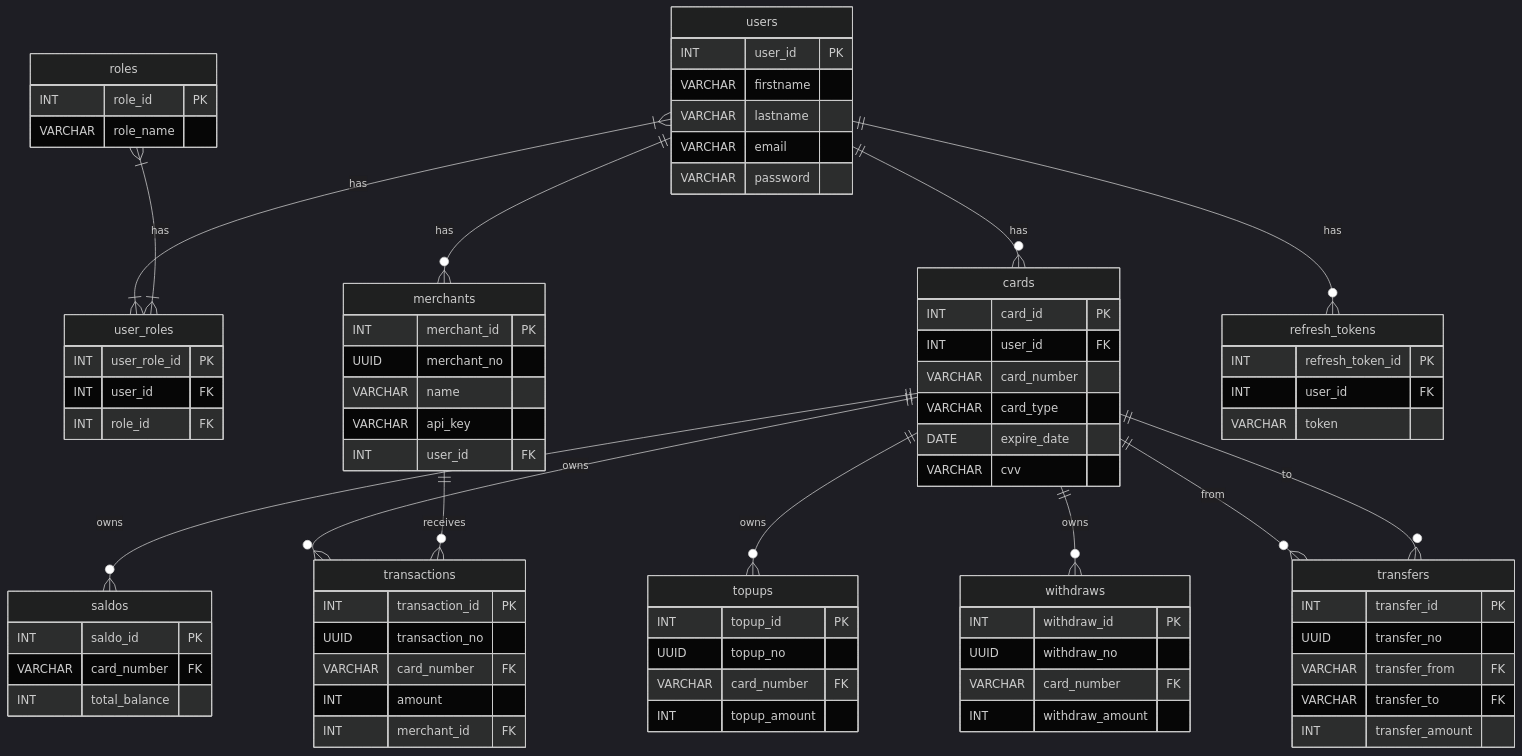
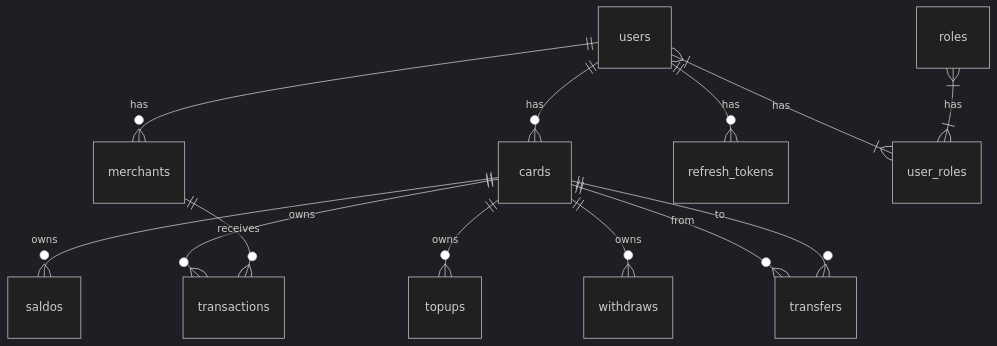
Before and after one commit to MamangRust/payment-gateway-grpc: the second of 2 diagrams in README.md, drawn with Mermaid (dark theme). The commit also changed other lines of this file and 4 other files, not shown here.

````diff
--- a/README.md
+++ b/README.md
@@ -90,84 +99,5 @@
 ```mermaid
 erDiagram
-    users {
-        INT user_id PK
-        VARCHAR firstname
-        VARCHAR lastname
-        VARCHAR email
-        VARCHAR password
-    }
-
-    roles {
-        INT role_id PK
-        VARCHAR role_name
-    }
-
-    user_roles {
-        INT user_role_id PK
-        INT user_id FK
-        INT role_id FK
-    }
-
-    cards {
-        INT card_id PK
-        INT user_id FK
-        VARCHAR card_number
-        VARCHAR card_type
-        DATE expire_date
-        VARCHAR cvv
-    }
-
-    merchants {
-        INT merchant_id PK
-        UUID merchant_no
-        VARCHAR name
-        VARCHAR api_key
-        INT user_id FK
-    }
-
-    saldos {
-        INT saldo_id PK
-        VARCHAR card_number FK
-        INT total_balance
-    }
-
-    transactions {
-        INT transaction_id PK
-        UUID transaction_no
-        VARCHAR card_number FK
-        INT amount
-        INT merchant_id FK
-    }
-
-    transfers {
-        INT transfer_id PK
-        UUID transfer_no
-        VARCHAR transfer_from FK
-        VARCHAR transfer_to FK
-        INT transfer_amount
-    }
-
-    topups {
-        INT topup_id PK
-        UUID topup_no
-        VARCHAR card_number FK
-        INT topup_amount
-    }
-
-    withdraws {
-        INT withdraw_id PK
-        UUID withdraw_no
-        VARCHAR card_number FK
-        INT withdraw_amount
-    }
-
-    refresh_tokens {
-        INT refresh_token_id PK
-        INT user_id FK
-        VARCHAR token
-    }
-
-    %% Relationships
     users ||--o{ cards : "has"
     users ||--o{ merchants : "has"
     users ||--o{ refresh_tokens : "has"
````
